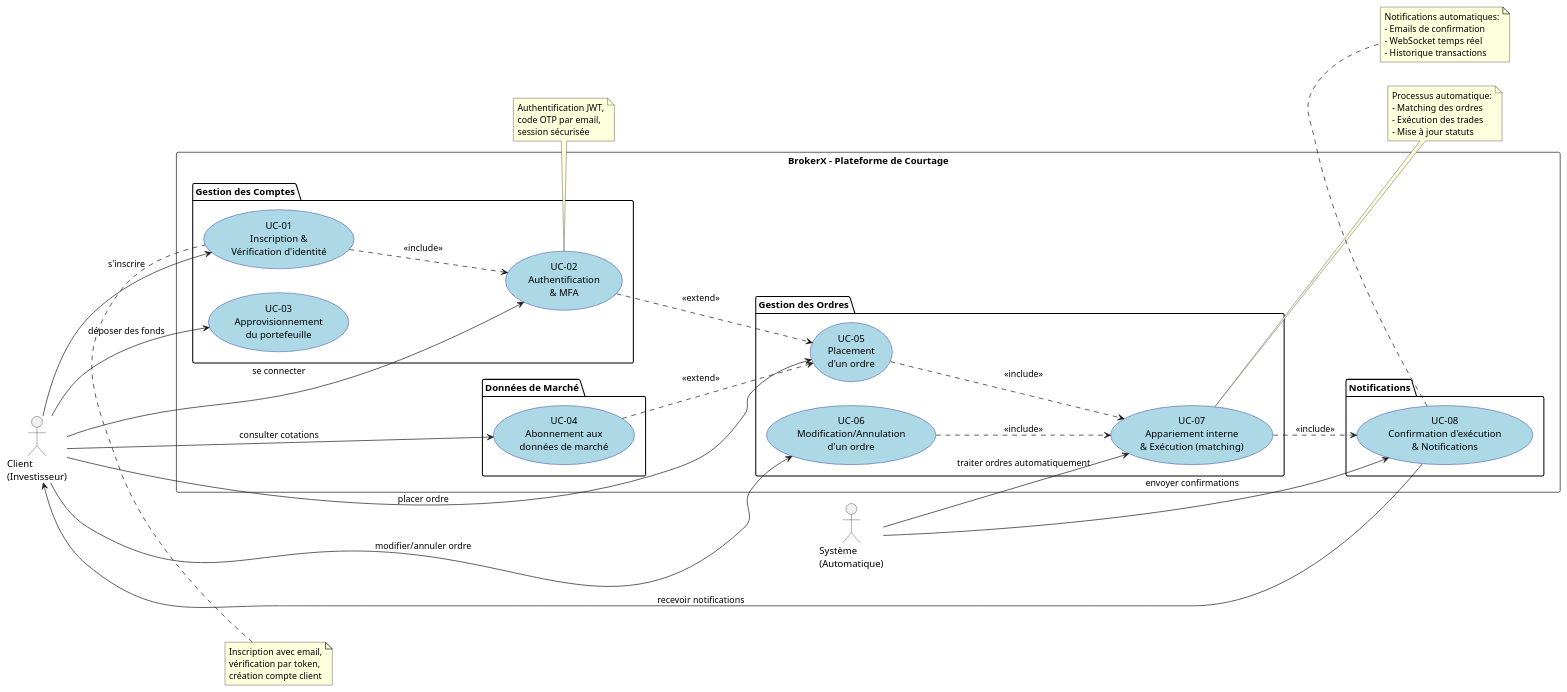
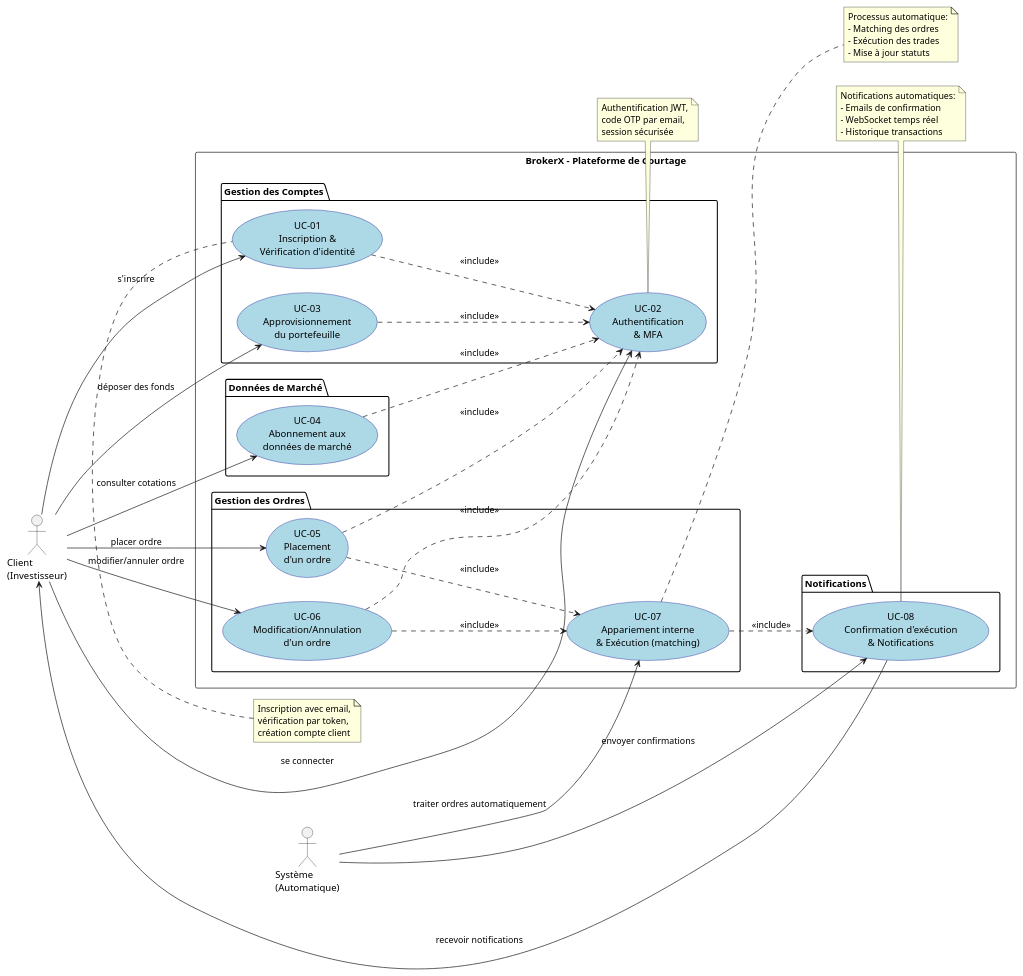
One commit to primika27/BrokerX-phase2-micorservices- changed the diagram in docs/views/useCases.puml. Above: the diagram before and after it, drawn with PlantUML. The commit also changed 60 other files, not shown here.

```diff
--- a/docs/views/useCases.puml
+++ b/docs/views/useCases.puml
@@ -1,81 +1,89 @@
 @startuml
 left to right direction
 skinparam usecase {
   BackgroundColor LightBlue
   BorderColor DarkBlue
 }
 
 actor "Client\n(Investisseur)" as Client
 actor "Système\n(Automatique)" as System
 
 rectangle "BrokerX - Plateforme de Courtage" as BrokerX {
   
   package "Gestion des Comptes" {
     usecase "UC-01\nInscription &\nVérification d'identité" as UC01
     usecase "UC-02\nAuthentification\n& MFA" as UC02
     usecase "UC-03\nApprovisionnement\ndu portefeuille" as UC03
   }
   
   package "Données de Marché" {
     usecase "UC-04\nAbonnement aux\ndonnées de marché" as UC04
   }
   
   package "Gestion des Ordres" {
     usecase "UC-05\nPlacement\nd'un ordre" as UC05
     usecase "UC-06\nModification/Annulation\nd'un ordre" as UC06
     usecase "UC-07\nAppariement interne\n& Exécution (matching)" as UC07
   }
   
   package "Notifications" {
     usecase "UC-08\nConfirmation d'exécution\n& Notifications" as UC08
   }
 }
 
 ' Relations Client
 Client --> UC01 : s'inscrire
 Client --> UC02 : se connecter
 Client --> UC03 : déposer des fonds
 Client --> UC04 : consulter cotations
 Client --> UC05 : placer ordre
 Client --> UC06 : modifier/annuler ordre
 Client <-- UC08 : recevoir notifications
 
 ' Relations Système automatique
 System --> UC07 : traiter ordres automatiquement
 System --> UC08 : envoyer confirmations
 
-' Relations entre use cases
+' Relations entre use cases (dépendances)
 UC01 ..> UC02 : <<include>>
-UC02 ..> UC05 : <<extend>>
+
+' UC02 (Authentification) est REQUIS pour UC04, UC05, UC06
+UC04 ..> UC02 : <<include>>
+UC05 ..> UC02 : <<include>>
+UC06 ..> UC02 : <<include>>
+
+' UC03 nécessite aussi l'authentification
+UC03 ..> UC02 : <<include>>
+
+' Flux de traitement des ordres
 UC05 ..> UC07 : <<include>>
+UC06 ..> UC07 : <<include>>
 UC07 ..> UC08 : <<include>>
-UC06 ..> UC07 : <<include>>
-UC04 ..> UC05 : <<extend>>
 
 note top of UC01
 Inscription avec email,
 vérification par token,
 création compte client
 end note
 
 note top of UC02
 Authentification JWT,
 code OTP par email,
 session sécurisée
 end note
 
 note right of UC07
 Processus automatique:
 - Matching des ordres
 - Exécution des trades
 - Mise à jour statuts
 end note
 
 note bottom of UC08
 Notifications automatiques:
 - Emails de confirmation
 - WebSocket temps réel
 - Historique transactions
 end note
 
 @enduml
```
